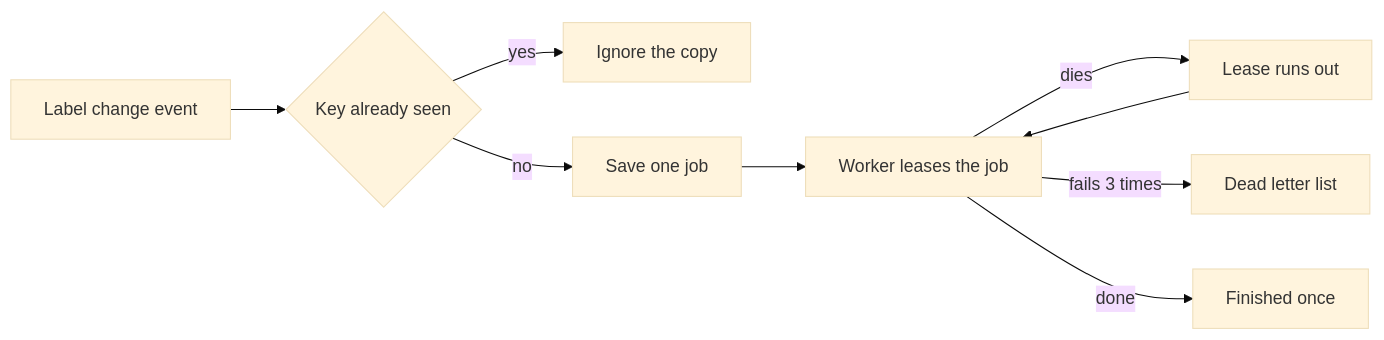
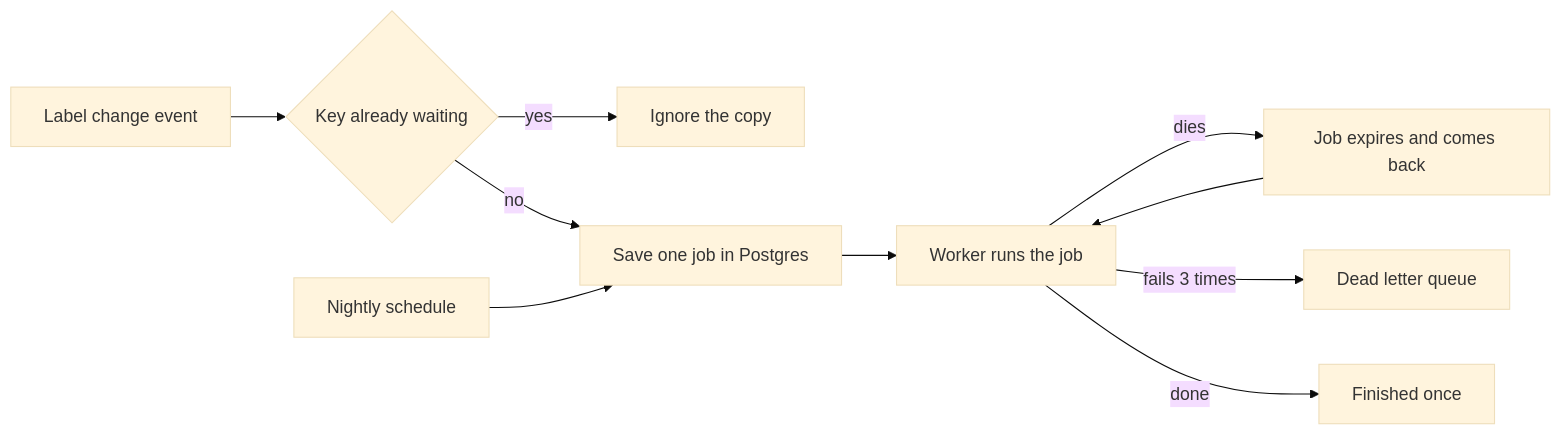
The diagram in docs/modules/11-guardrails-workers.md (learnwithparam/agentic-ai-buildcamp), drawn with Mermaid (base theme) before and after one commit. The commit also changed other lines of this file and 6 other files, not shown here.

Commit message:
Build guardrails-workers on pg-boss: input scrub, totals-only SQL, spend cap, singleton jobs, DLQ, nightly schedule, SIGTERM drain

````diff
--- a/docs/modules/11-guardrails-workers.md
+++ b/docs/modules/11-guardrails-workers.md
@@ -7,11 +7,12 @@
 ```mermaid
 flowchart LR
-  E[Label change event] --> K{Key already seen}
+  E[Label change event] --> K{Key already waiting}
   K -->|yes| X[Ignore the copy]
-  K -->|no| J[Save one job]
-  J --> W[Worker leases the job]
-  W -->|dies| L[Lease runs out]
+  K -->|no| J[Save one job in Postgres]
+  N[Nightly schedule] --> J
+  J --> W[Worker runs the job]
+  W -->|dies| L[Job expires and comes back]
   L --> W
-  W -->|fails 3 times| D[Dead letter list]
+  W -->|fails 3 times| D[Dead letter queue]
   W -->|done| F[Finished once]
 ```
````
